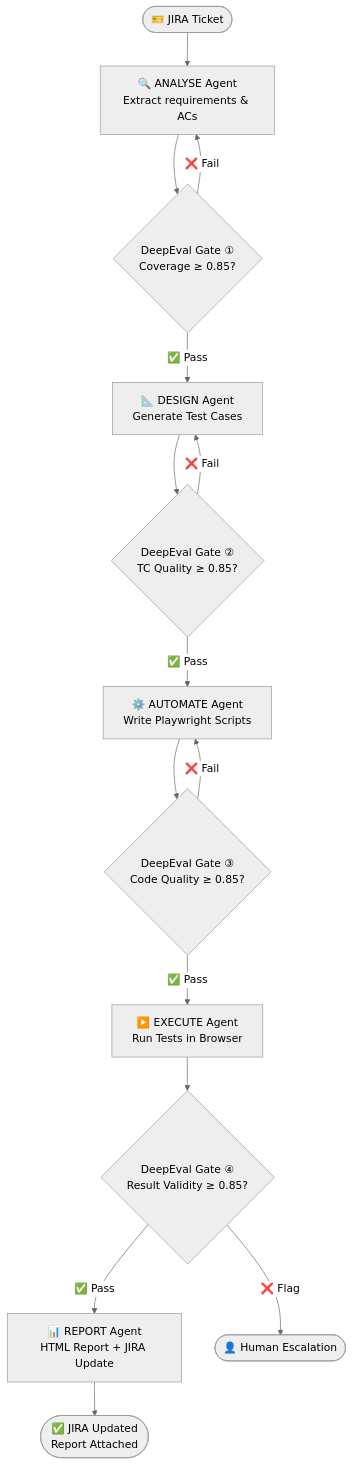
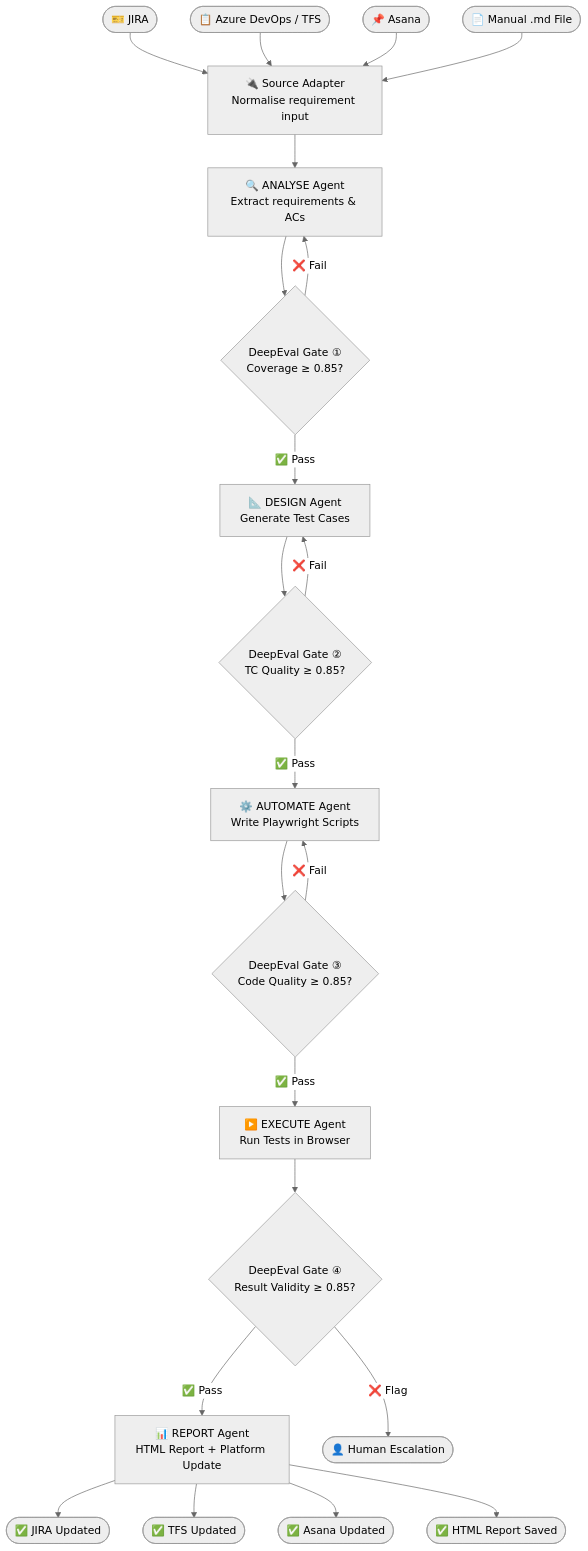
Before and after one commit to krimityadav/AI-QA-POC: the diagram in README.md, drawn with Mermaid (neutral theme). The commit also changed other lines of this file, not shown here.

Commit message:
docs: Update README to support multi-source requirements (JIRA, TFS, Asana, .md files)

````diff
--- a/README.md
+++ b/README.md
@@ -67,17 +80,24 @@
 ```mermaid
 flowchart TD
-    A([🎫 JIRA Ticket]) --> B[🔍 ANALYSE Agent\nExtract requirements & ACs]
-    B --> G1{DeepEval Gate ①\nCoverage ≥ 0.85?}
+    SRC1([🎫 JIRA]) --> SA
+    SRC2([📋 Azure DevOps / TFS]) --> SA
+    SRC3([📌 Asana]) --> SA
+    SRC4([📄 Manual .md File]) --> SA
+    SA[🔌 Source Adapter\nNormalise requirement input] --> B
+    B[🔍 ANALYSE Agent\nExtract requirements & ACs] --> G1{DeepEval Gate ①\nCoverage ≥ 0.85?}
     G1 -->|✅ Pass| C[📐 DESIGN Agent\nGenerate Test Cases]
     G1 -->|❌ Fail| B
     C --> G2{DeepEval Gate ②\nTC Quality ≥ 0.85?}
     G2 -->|✅ Pass| D[⚙️ AUTOMATE Agent\nWrite Playwright Scripts]
     G2 -->|❌ Fail| C
     D --> G3{DeepEval Gate ③\nCode Quality ≥ 0.85?}
     G3 -->|✅ Pass| E[▶️ EXECUTE Agent\nRun Tests in Browser]
     G3 -->|❌ Fail| D
     E --> G4{DeepEval Gate ④\nResult Validity ≥ 0.85?}
-    G4 -->|✅ Pass| F[📊 REPORT Agent\nHTML Report + JIRA Update]
+    G4 -->|✅ Pass| F[📊 REPORT Agent\nHTML Report + Platform Update]
     G4 -->|❌ Flag| H([👤 Human Escalation])
-    F --> I([✅ JIRA Updated\nReport Attached])
+    F --> OUT1([✅ JIRA Updated])
+    F --> OUT2([✅ TFS Updated])
+    F --> OUT3([✅ Asana Updated])
+    F --> OUT4([✅ HTML Report Saved])
 ```
````
